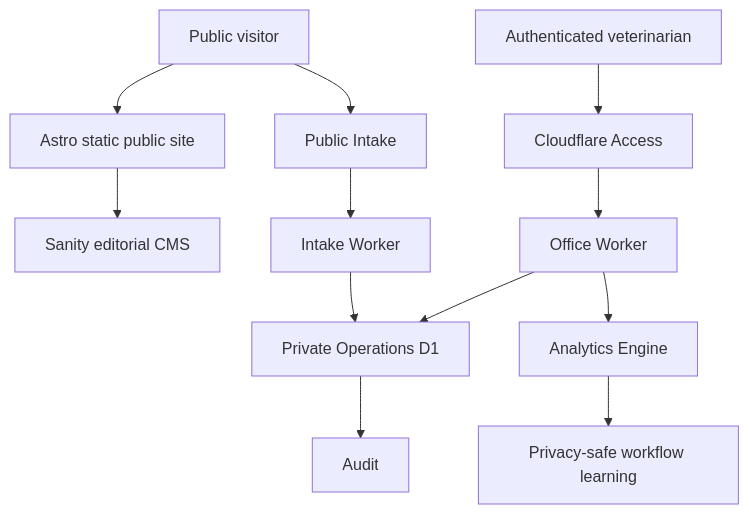
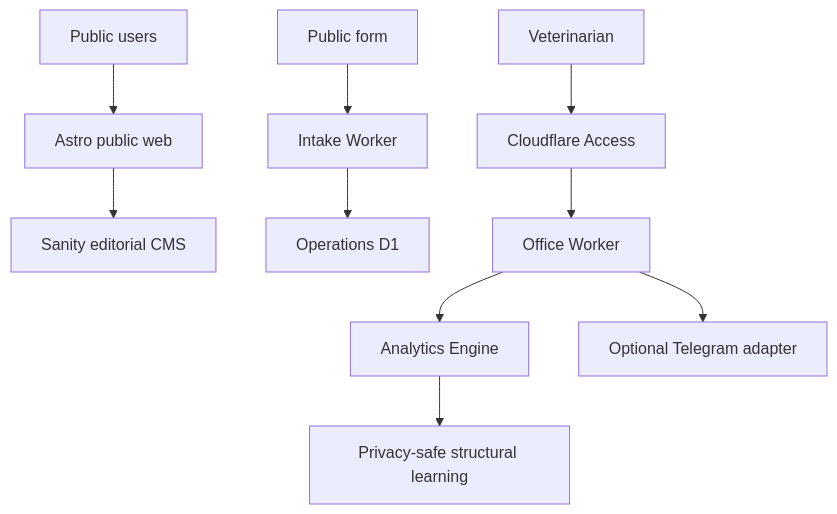
The diagram in README.md (iurii-izman/polina-vet), drawn with Mermaid before and after one commit. The commit also changed other lines of this file and 14 other files, not shown here.

````diff
--- a/README.md
+++ b/README.md
@@ -27,14 +30,12 @@
 ```mermaid
 flowchart TD
-  visitor[Public visitor] --> web[Astro static public site]
+  users[Public users] --> web[Astro public web]
   web --> sanity[Sanity editorial CMS]
-  visitor --> intake[Public Intake]
-  intake --> intakeWorker[Intake Worker]
-  intakeWorker --> d1[Private Operations D1]
-  vet[Authenticated veterinarian] --> access[Cloudflare Access]
+  form[Public form] --> intakeWorker[Intake Worker]
+  intakeWorker --> d1[Operations D1]
+  vet[Veterinarian] --> access[Cloudflare Access]
   access --> office[Office Worker]
-  office --> d1
-  d1 --> audit[Audit]
   office --> telemetry[Analytics Engine]
-  telemetry --> learning[Privacy-safe workflow learning]
+  telemetry --> learning[Privacy-safe structural learning]
+  office --> telegram[Optional Telegram adapter]
 ```
````
